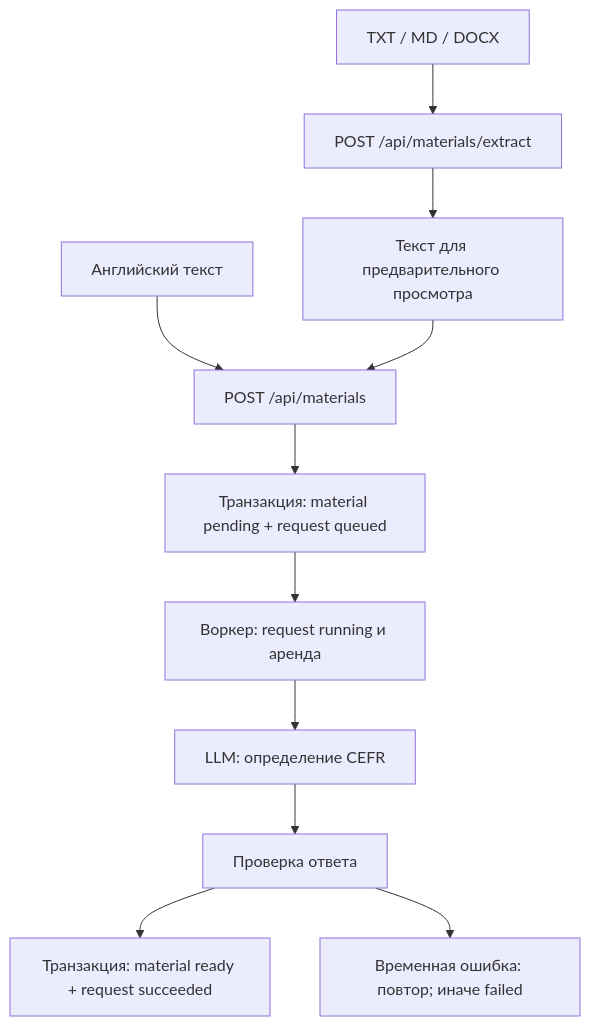
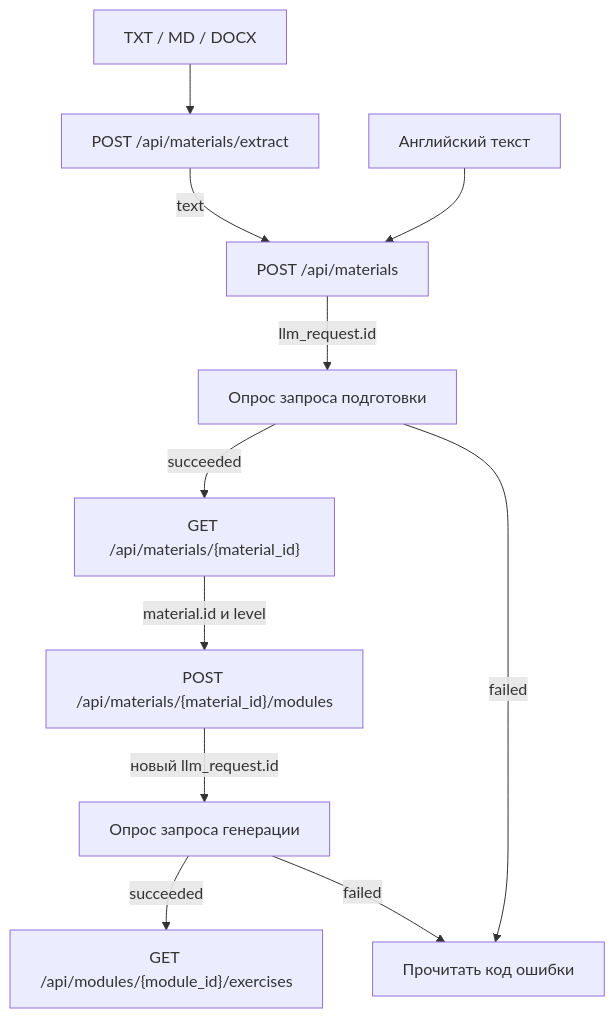
Before and after one commit to TRPO-project/LingoWay: the diagram in docs/LLM_MATERIALS.md, drawn with Mermaid. The commit also changed other lines of this file and 26 other files, not shown here.

````diff
--- a/docs/LLM_MATERIALS.md
+++ b/docs/LLM_MATERIALS.md
@@ -107,13 +117,13 @@
 ```mermaid
 flowchart TD
     F["TXT / MD / DOCX"] --> X["POST /api/materials/extract"]
-    X --> P["Текст для предварительного просмотра"]
-    T["Английский текст"] --> C["POST /api/materials"]
-    P --> C
-    C --> D["Транзакция: material pending + request queued"]
-    D --> W["Воркер: request running и аренда"]
-    W --> L["LLM: определение CEFR"]
-    L --> V["Проверка ответа"]
-    V --> R["Транзакция: material ready + request succeeded"]
-    V --> E["Временная ошибка: повтор; иначе failed"]
+    X -->|text| C["POST /api/materials"]
+    T["Английский текст"] --> C
+    C -->|llm_request.id| P["Опрос запроса подготовки"]
+    P -->|succeeded| R["GET /api/materials/{material_id}"]
+    R -->|material.id и level| G["POST /api/materials/{material_id}/modules"]
+    G -->|новый llm_request.id| Q["Опрос запроса генерации"]
+    Q -->|succeeded| E["GET /api/modules/{module_id}/exercises"]
+    P -->|failed| Z["Прочитать код ошибки"]
+    Q -->|failed| Z
 ```
````
